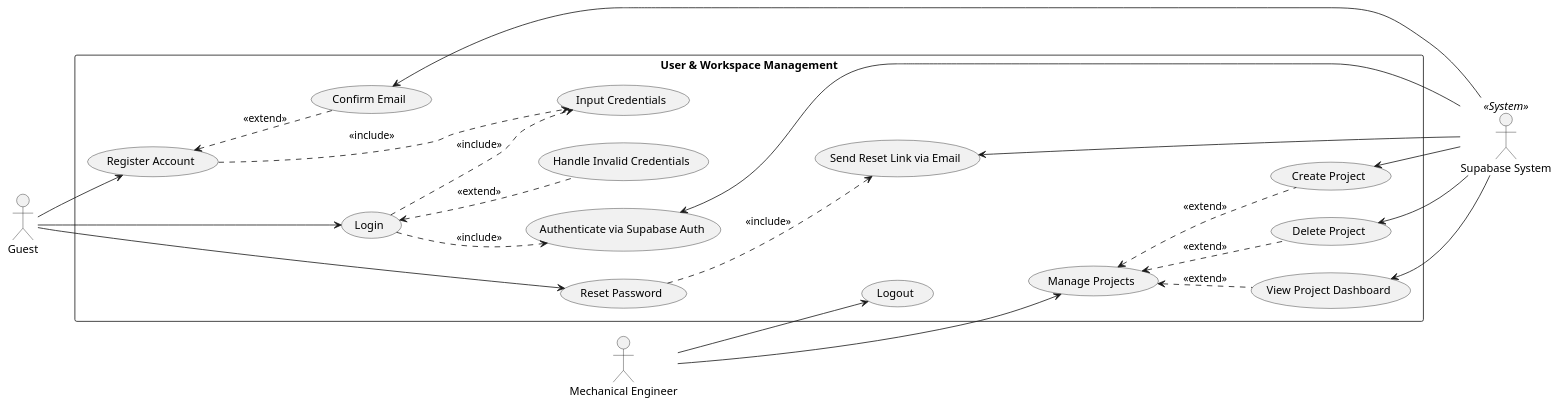
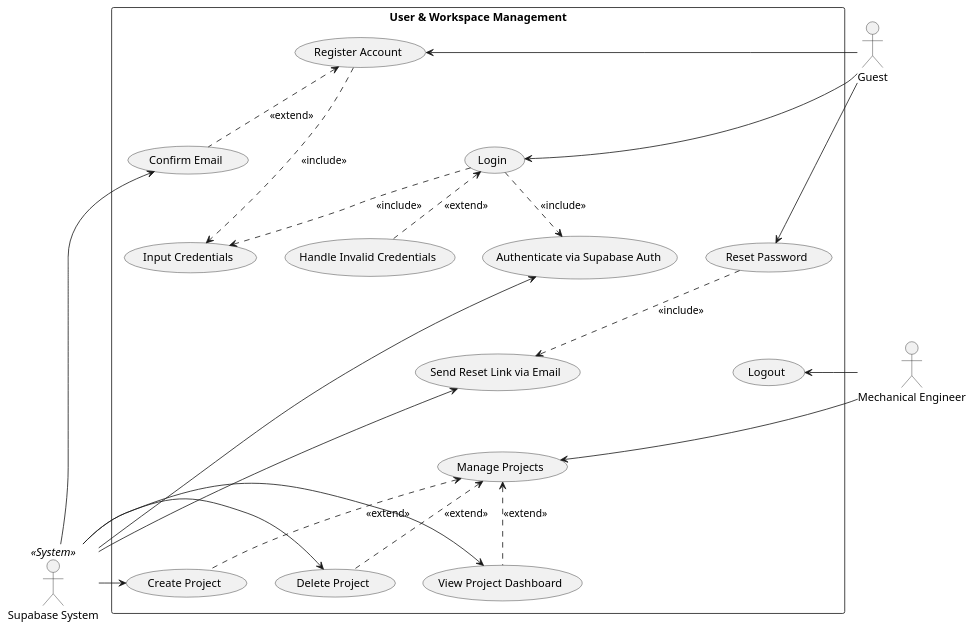
The diagram in docs/uml/uc_user.puml (dvydinh/mechdrive), drawn with PlantUML before and after one commit. The commit also changed 5 other files, not shown here.

```diff
--- a/docs/uml/uc_user.puml
+++ b/docs/uml/uc_user.puml
@@ -1,60 +1,59 @@
 @startuml
-left to right direction
 skinparam packageStyle rectangle
 
 actor "Guest" as guest
 actor "Mechanical Engineer" as eng
 actor "Supabase System" as supa << System >>
 
 package "User & Workspace Management" {
   usecase "Register Account" as UC1
   usecase "Input Credentials" as UC1_1
   usecase "Confirm Email" as UC1_3
   
   usecase "Login" as UC2
   usecase "Authenticate via Supabase Auth" as UC2_1
   usecase "Handle Invalid Credentials" as UC2_2
   
   usecase "Reset Password" as UC3
   usecase "Send Reset Link via Email" as UC3_1
   
   usecase "Logout" as UC6
   
   usecase "Manage Projects" as UC4
   usecase "Create Project" as UC4_1
   usecase "Delete Project" as UC4_3
   usecase "View Project Dashboard" as UC4_4
 }
 
 UC1 -[hidden]down-> UC2
 UC2 -[hidden]down-> UC3
 UC3 -[hidden]down-> UC6
 UC6 -[hidden]down-> UC4
 
-guest --> UC1
-UC1 ..> UC1_1 : <<include>>
-UC1 <.. UC1_3 : <<extend>>
+guest -right-> UC1
+UC1 .down.> UC1_1 : <<include>>
+UC1 <.down. UC1_3 : <<extend>>
 
-guest --> UC2
-UC2 ..> UC1_1 : <<include>>
-UC2 ..> UC2_1 : <<include>>
-UC2 <.. UC2_2 : <<extend>>
+guest -right-> UC2
+UC2 .down.> UC1_1 : <<include>>
+UC2 .down.> UC2_1 : <<include>>
+UC2 <.down. UC2_2 : <<extend>>
 
-guest --> UC3
-UC3 ..> UC3_1 : <<include>>
+guest -right-> UC3
+UC3 .down.> UC3_1 : <<include>>
 
-eng --> UC6
+eng -right-> UC6
 
-eng --> UC4
-UC4 <.. UC4_1 : <<extend>>
-UC4 <.. UC4_3 : <<extend>>
-UC4 <.. UC4_4 : <<extend>>
+eng -right-> UC4
+UC4 <.down. UC4_1 : <<extend>>
+UC4 <.down. UC4_3 : <<extend>>
+UC4 <.down. UC4_4 : <<extend>>
 
-UC1_3 <-- supa
-UC2_1 <-- supa
-UC3_1 <-- supa
-UC4_1 <-- supa
-UC4_3 <-- supa
-UC4_4 <-- supa
+UC1_3 <-right- supa
+UC2_1 <-right- supa
+UC3_1 <-right- supa
+UC4_1 <-right- supa
+UC4_3 <-right- supa
+UC4_4 <-right- supa
 
 @enduml
```
